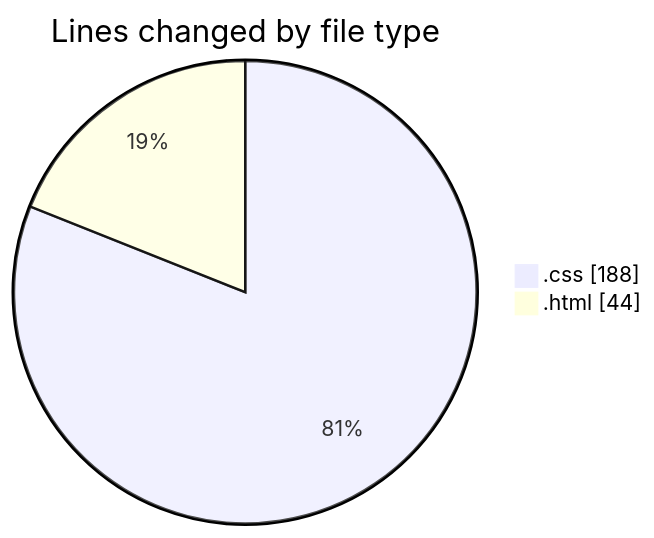
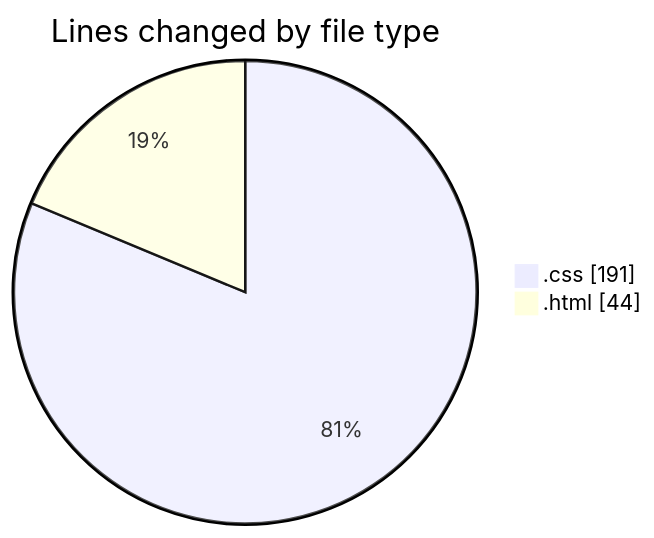
One commit to NitaiMahat/code-tracking changed the first of 2 diagrams in 2025-01-26/results-summary-component-main/README.md. Above: the diagram before and after it, drawn with Mermaid. The commit also changed other lines of this file and 1 other file, not shown here.

````diff
--- a/2025-01-26/results-summary-component-main/README.md
+++ b/2025-01-26/results-summary-component-main/README.md
@@ -21,6 +21,6 @@
 ```mermaid
 pie showData
 title Lines changed by file type
-".css" : 188
+".css" : 191
 ".html" : 44
 ```
````
